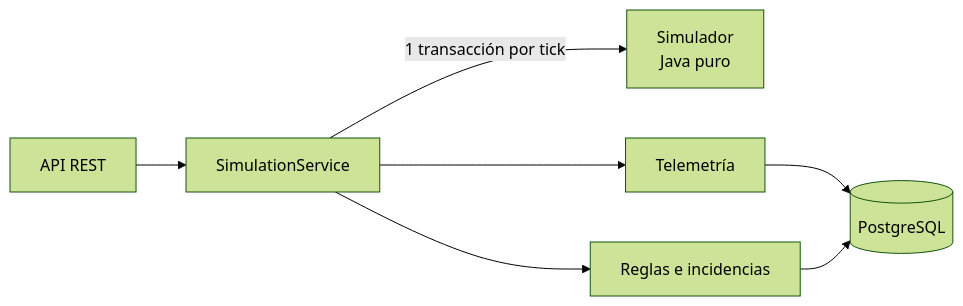
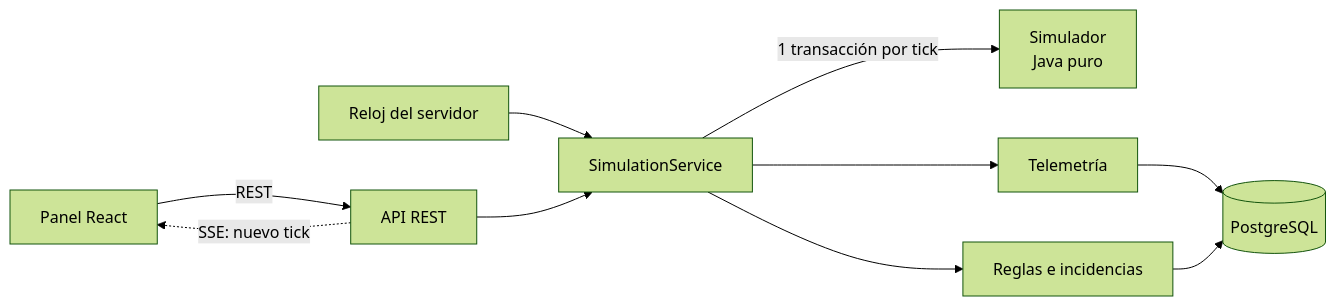
Before and after one commit to davidpomaresp/nexus-9: the diagram in README.md, drawn with Mermaid (forest theme). The commit also changed other lines of this file and 7 other files, not shown here.

````diff
--- a/README.md
+++ b/README.md
@@ -30,9 +31,12 @@
 ```mermaid
 flowchart LR
-    API[API REST] --> SVC[SimulationService]
+    UI[Panel React] -->|REST| API[API REST]
+    API -.->|SSE: nuevo tick| UI
+    CLK[Reloj del servidor] --> SVC
+    API --> SVC[SimulationService]
     SVC -->|1 transacción por tick| SIM[Simulador<br/>Java puro]
     SVC --> TEL[Telemetría]
     SVC --> INC[Reglas e incidencias]
     TEL --> DB[(PostgreSQL)]
     INC --> DB
 ```
````
